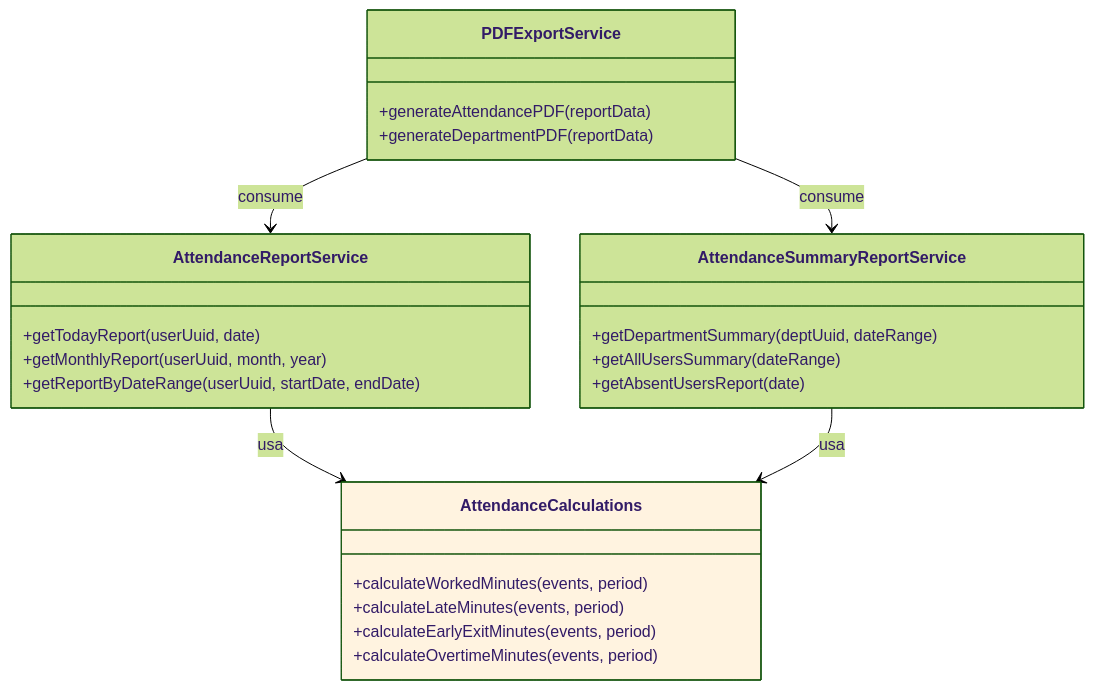
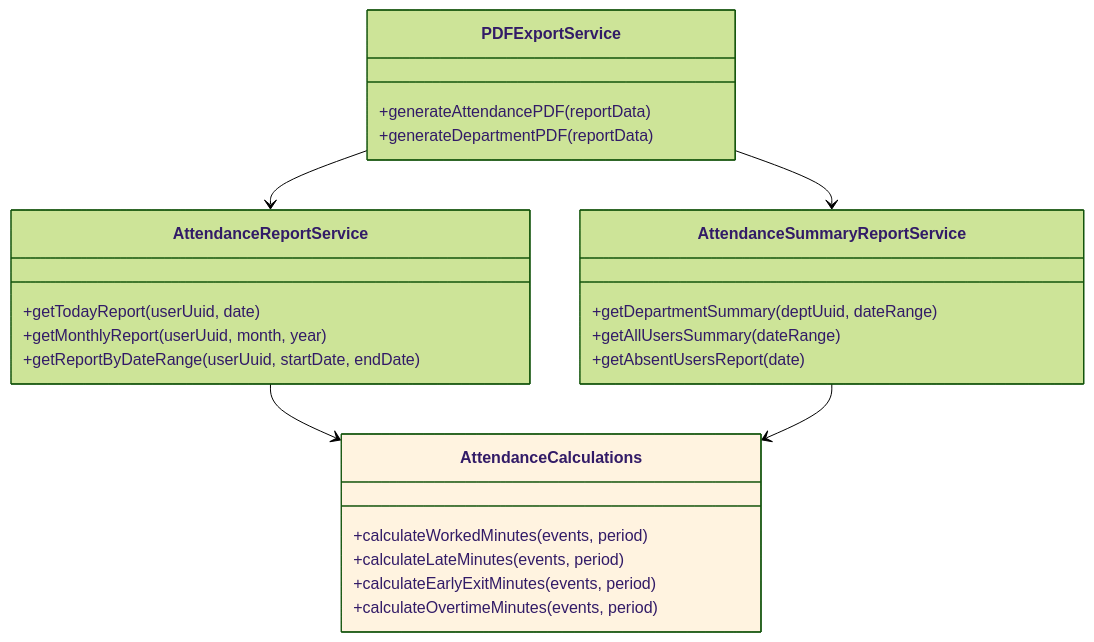
One commit to MAAC77/docs-hr changed the second of 4 diagrams in 05-modulo-reportes/01-descripcion-general.md. Above: the diagram before and after it, drawn with Mermaid (forest theme). The commit also changed other lines of this file and 12 other files, not shown here.

````diff
--- a/05-modulo-reportes/01-descripcion-general.md
+++ b/05-modulo-reportes/01-descripcion-general.md
@@ -71,33 +71,33 @@
 ```mermaid
 classDiagram
     class AttendanceReportService {
         +getTodayReport(userUuid, date)
         +getMonthlyReport(userUuid, month, year)
         +getReportByDateRange(userUuid, startDate, endDate)
     }
 
     class AttendanceSummaryReportService {
         +getDepartmentSummary(deptUuid, dateRange)
         +getAllUsersSummary(dateRange)
         +getAbsentUsersReport(date)
     }
 
     class PDFExportService {
         +generateAttendancePDF(reportData)
         +generateDepartmentPDF(reportData)
     }
 
     class AttendanceCalculations {
         +calculateWorkedMinutes(events, period)
         +calculateLateMinutes(events, period)
         +calculateEarlyExitMinutes(events, period)
         +calculateOvertimeMinutes(events, period)
     }
 
-    AttendanceReportService --> AttendanceCalculations : usa
-    AttendanceSummaryReportService --> AttendanceCalculations : usa
-    PDFExportService --> AttendanceReportService : consume
-    PDFExportService --> AttendanceSummaryReportService : consume
+    AttendanceReportService --> AttendanceCalculations
+    AttendanceSummaryReportService --> AttendanceCalculations
+    PDFExportService --> AttendanceReportService
+    PDFExportService --> AttendanceSummaryReportService
 
     style AttendanceCalculations fill:#fff3e0
 ```
````
